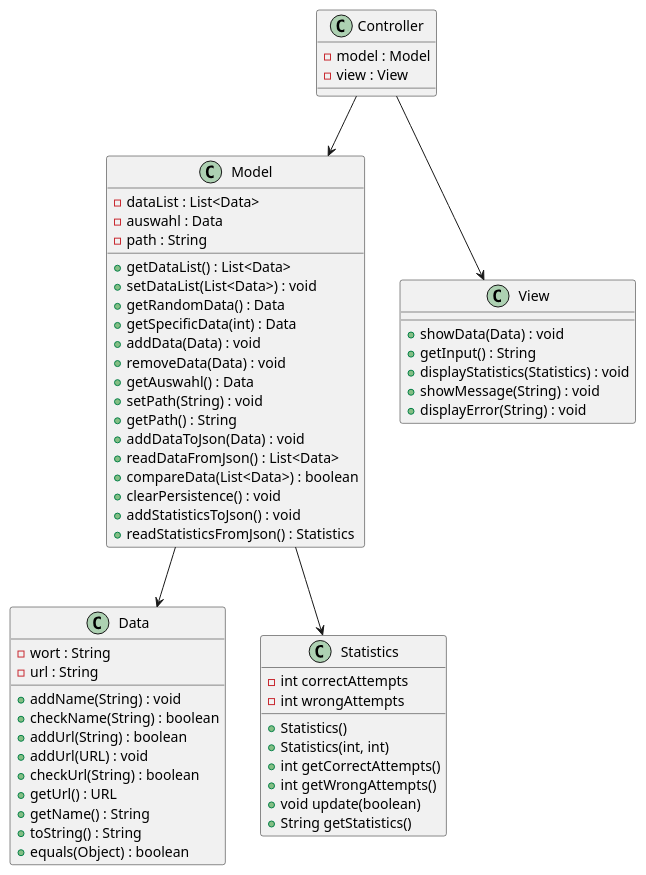
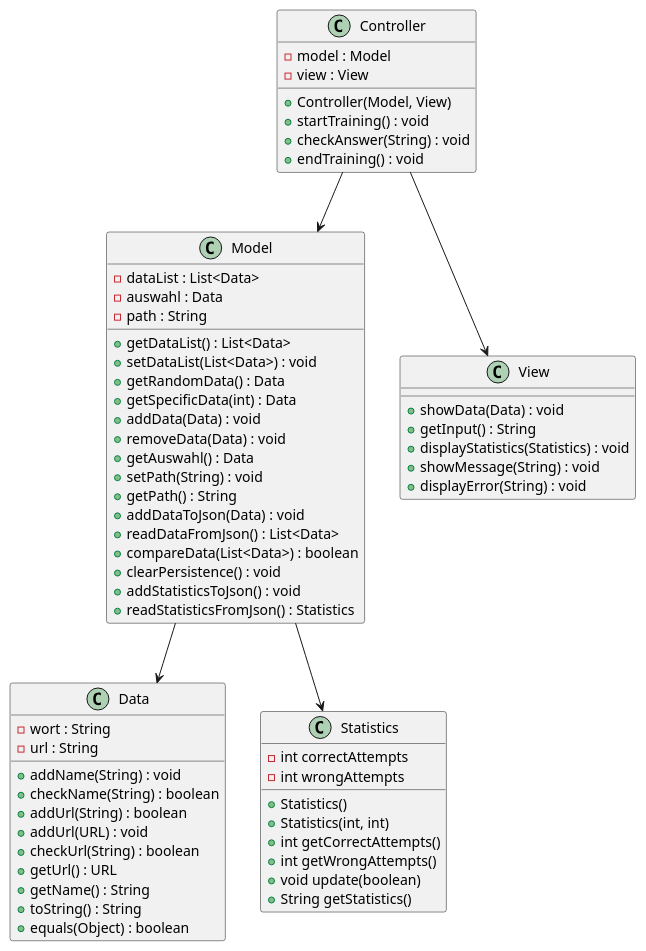
One commit to TGM-HIT/sew9-2425-worttrainer-kbau3r changed the diagram in worttrainer-reloaded.puml. Above: the diagram before and after it, drawn with PlantUML.

Commit message:
Controller UML

```diff
--- a/worttrainer-reloaded.puml
+++ b/worttrainer-reloaded.puml
@@ -1,68 +1,72 @@
 @startuml
 'title: Worttrainer Reloaded - kbauer'
 
 class Model {
   -dataList : List<Data>
   -auswahl : Data
   -path : String
   +getDataList() : List<Data>
   +setDataList(List<Data>) : void
   +getRandomData() : Data
   +getSpecificData(int) : Data
   +addData(Data) : void
   +removeData(Data) : void
   +getAuswahl() : Data
   +setPath(String) : void
   +getPath() : String
   +addDataToJson(Data) : void
   +readDataFromJson() : List<Data>
   +compareData(List<Data>) : boolean
   +clearPersistence() : void
   +addStatisticsToJson() : void
   +readStatisticsFromJson() : Statistics
 }
 
 class Data {
   -wort : String
   -url : String
   +addName(String) : void
   +checkName(String) : boolean
   +addUrl(String) : boolean
   +addUrl(URL) : void
   +checkUrl(String) : boolean
   +getUrl() : URL
   +getName() : String
   +toString() : String
   +equals(Object) : boolean
 }
 
 class Statistics {
   - int correctAttempts
   - int wrongAttempts
   + Statistics()
   + Statistics(int, int)
   + int getCorrectAttempts()
   + int getWrongAttempts()
   + void update(boolean)
   + String getStatistics()
 }
 
 class View {
   + showData(Data) : void
   + getInput() : String
   + displayStatistics(Statistics) : void
   + showMessage(String) : void
   + displayError(String) : void
 }
 
 class Controller {
   -model : Model
   -view : View
+  +Controller(Model, View)
+  +startTraining() : void
+  +checkAnswer(String) : void
+  +endTraining() : void
 }
 
 Controller --> Model
 Controller --> View
 Model --> Data
 Model --> Statistics
 
 @enduml
```
